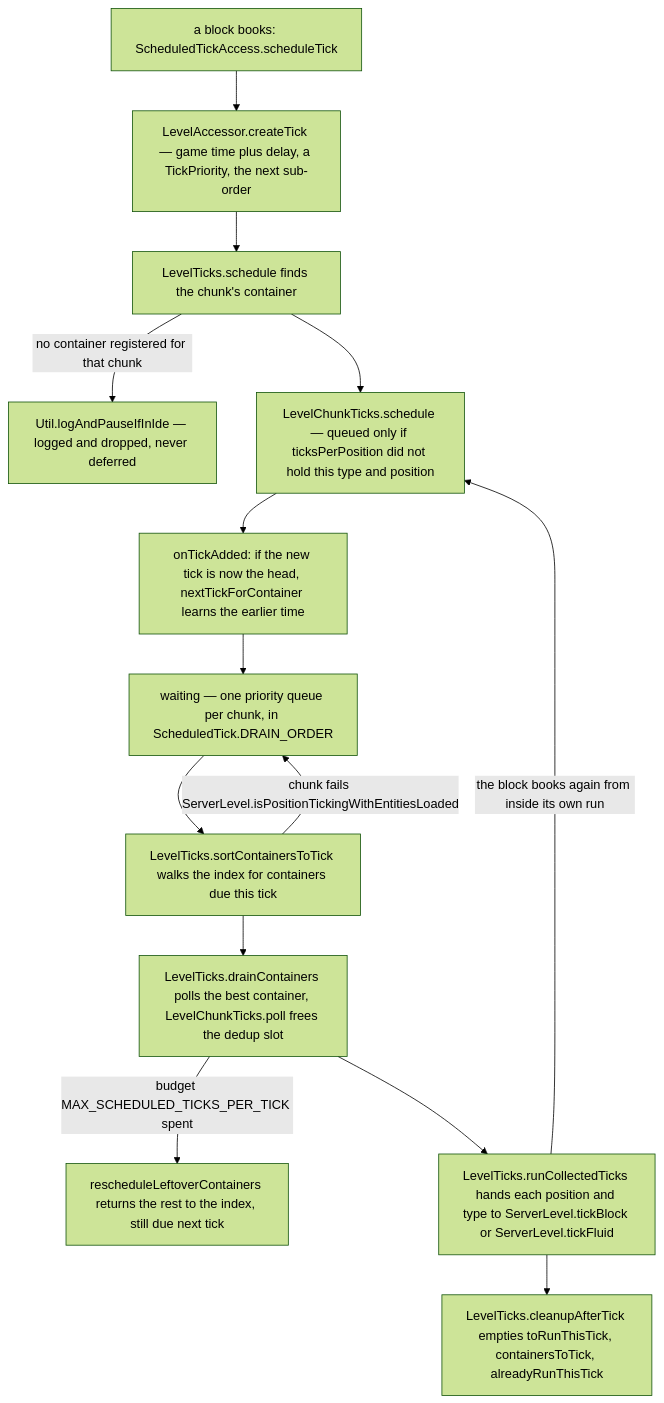
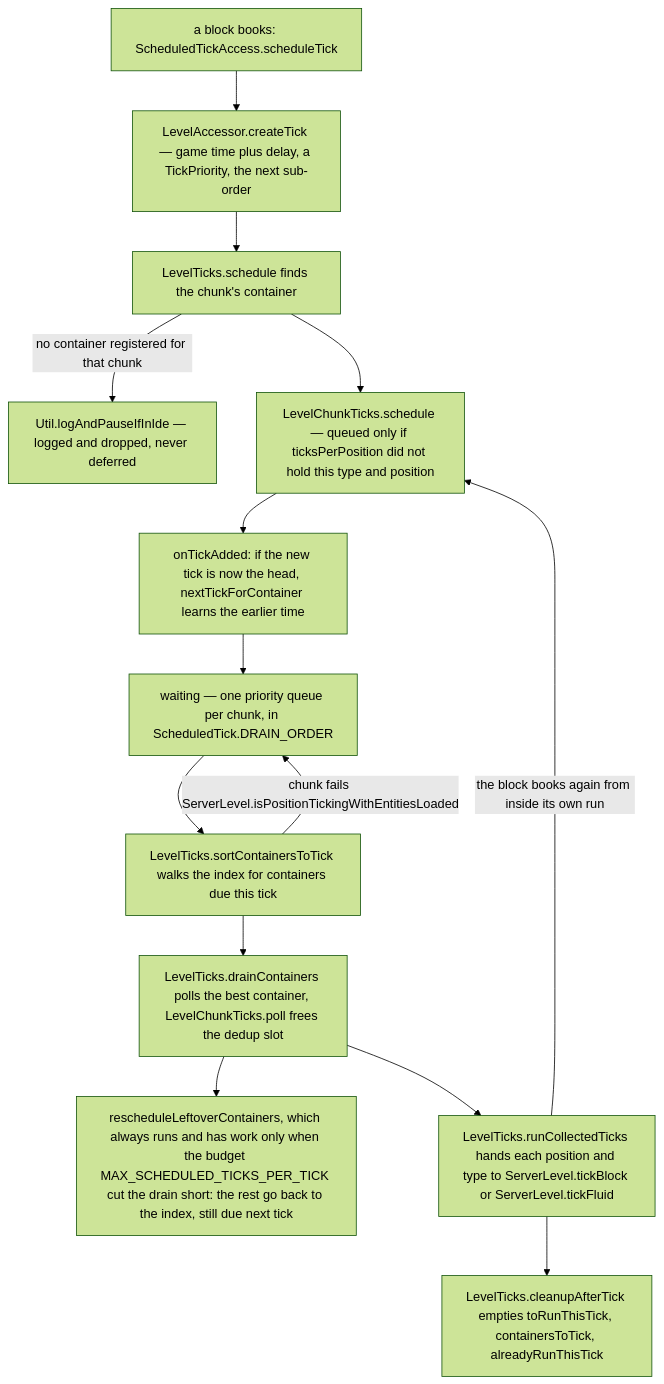
One commit to AlexanderjFraser/MinecraftDocs changed the first of 2 diagrams in src/systems/world/scheduled-ticks.md. Above: the diagram before and after it, drawn with Mermaid (forest theme). The commit also changed other lines of this file and 13 other files, not shown here.

````diff
--- a/src/systems/world/scheduled-ticks.md
+++ b/src/systems/world/scheduled-ticks.md
@@ -53,16 +54,16 @@
 ```mermaid
 flowchart TD
     B["a block books: ScheduledTickAccess.scheduleTick"] --> C["LevelAccessor.createTick — game time plus delay, a TickPriority, the next sub-order"]
     C --> S["LevelTicks.schedule finds the chunk's container"]
     S -- "no container registered for that chunk" --> DROP["Util.logAndPauseIfInIde — logged and dropped, never deferred"]
     S --> D["LevelChunkTicks.schedule — queued only if ticksPerPosition did not hold this type and position"]
     D --> I["onTickAdded: if the new tick is now the head, nextTickForContainer learns the earlier time"]
     I --> W["waiting — one priority queue per chunk, in ScheduledTick.DRAIN_ORDER"]
     W --> SC["LevelTicks.sortContainersToTick walks the index for containers due this tick"]
     SC -- "chunk fails ServerLevel.isPositionTickingWithEntitiesLoaded" --> W
     SC --> DR["LevelTicks.drainContainers polls the best container, LevelChunkTicks.poll frees the dedup slot"]
-    DR -- "budget MAX_SCHEDULED_TICKS_PER_TICK spent" --> RL["rescheduleLeftoverContainers returns the rest to the index, still due next tick"]
+    DR --> RL["rescheduleLeftoverContainers, which always runs and has work only when the budget MAX_SCHEDULED_TICKS_PER_TICK cut the drain short: the rest go back to the index, still due next tick"]
     DR --> RUN["LevelTicks.runCollectedTicks hands each position and type to ServerLevel.tickBlock or ServerLevel.tickFluid"]
     RUN -- "the block books again from inside its own run" --> D
     RUN --> CL["LevelTicks.cleanupAfterTick empties toRunThisTick, containersToTick, alreadyRunThisTick"]
 ```
````
